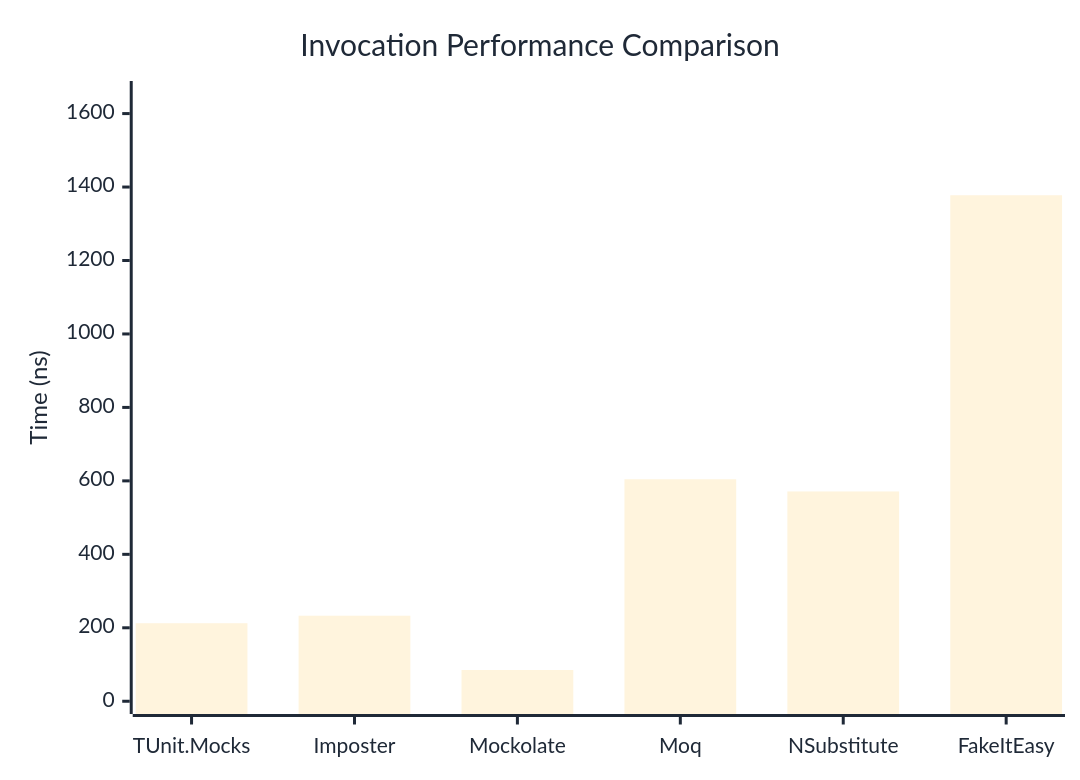
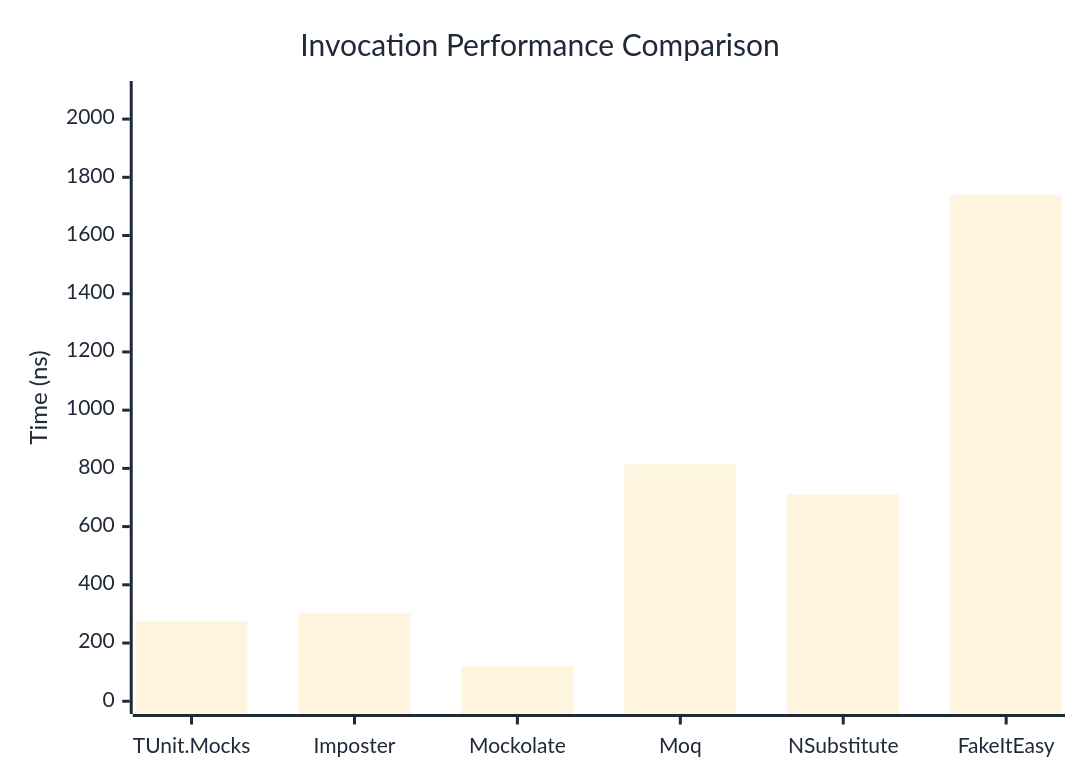
The first of 3 diagrams in docs/docs/benchmarks/mocks/Invocation.md (thomhurst/TUnit), drawn with Mermaid before and after one commit. The commit also changed other lines of this file and 14 other files, not shown here.

````diff
--- a/docs/docs/benchmarks/mocks/Invocation.md
+++ b/docs/docs/benchmarks/mocks/Invocation.md
@@ -30,27 +30,27 @@
 ```mermaid
 %%{init: {
   'theme':'base',
   'themeVariables': {
     'primaryColor': '#2563eb',
     'primaryTextColor': '#1f2937',
     'primaryBorderColor': '#1e40af',
     'lineColor': '#6b7280',
     'secondaryColor': '#7c3aed',
     'tertiaryColor': '#dc2626',
     'background': '#ffffff',
     'pie1': '#2563eb',
     'pie2': '#7c3aed',
     'pie3': '#dc2626',
     'pie4': '#f59e0b',
     'pie5': '#10b981',
     'pie6': '#06b6d4',
     'pie7': '#ec4899',
     'pie8': '#6366f1'
   }
 }}%%
 xychart-beta
   title "Invocation Performance Comparison"
   x-axis ["TUnit.Mocks", "Imposter", "Mockolate", "Moq", "NSubstitute", "FakeItEasy"]
-  y-axis "Time (ns)" 0 --> 1654
-  bar [212.46, 232.93, 85.08, 604.4, 571.19, 1377.65]
+  y-axis "Time (ns)" 0 --> 2087
+  bar [276.11, 303.36, 120.36, 813.27, 710.74, 1738.63]
 ```
````
